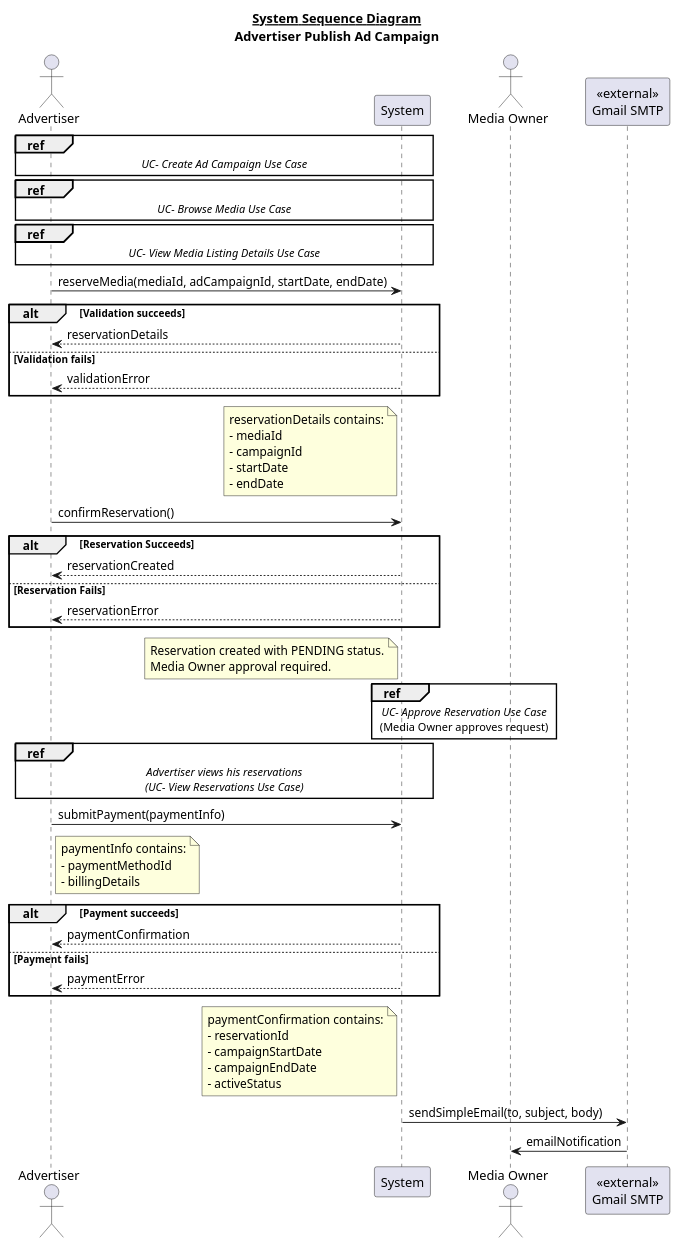
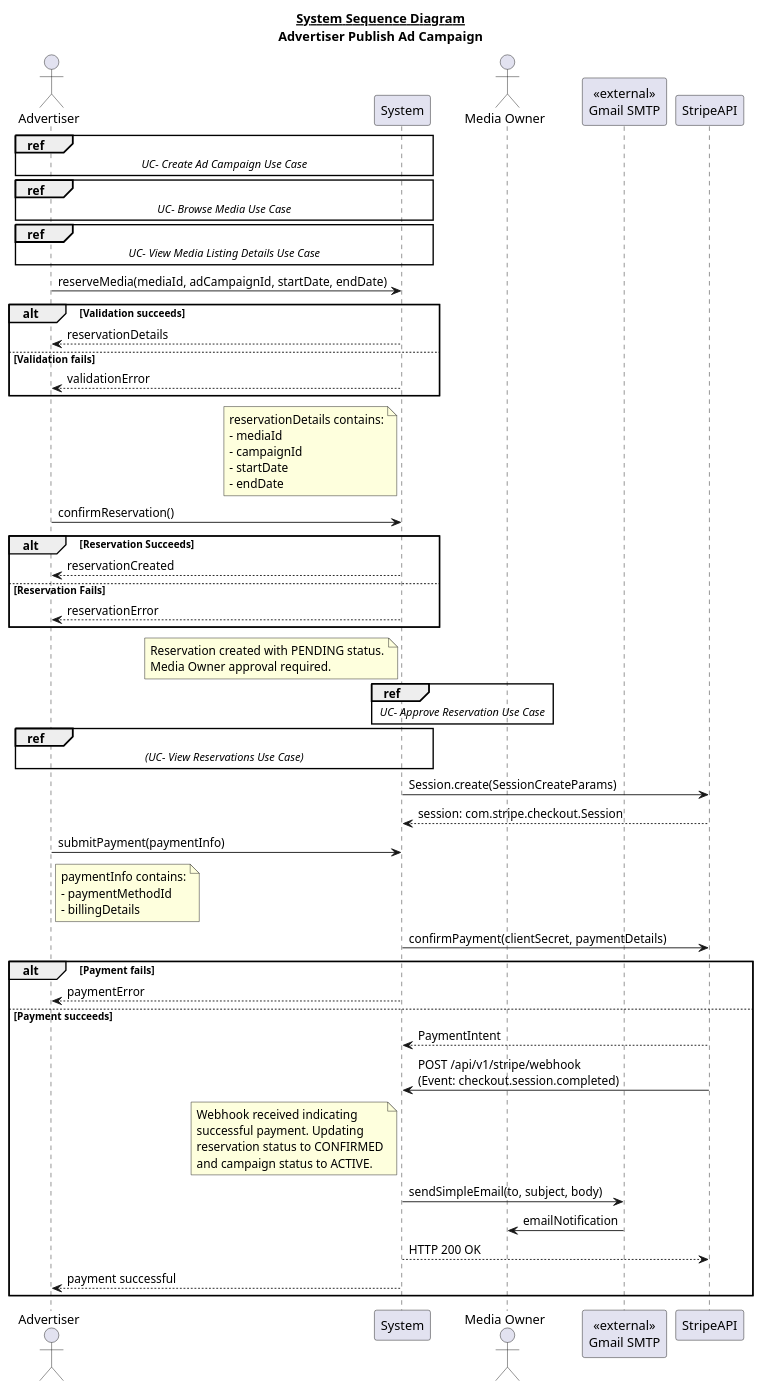
One commit to anvsult/envision-ad changed the diagram in docs/diagrams/sequence diagrams/system-level/publish-ad-campaign-SSD.puml. Above: the diagram before and after it, drawn with PlantUML. The commit also changed 3 other files, not shown here.

Commit message:
Updated diagrams

```diff
--- a/docs/diagrams/sequence diagrams/system-level/publish-ad-campaign-SSD.puml
+++ b/docs/diagrams/sequence diagrams/system-level/publish-ad-campaign-SSD.puml
@@ -1,85 +1,99 @@
 @startuml
 
 title <u>System Sequence Diagram</u>\nAdvertiser Publish Ad Campaign
 
 actor Advertiser
 participant System
 actor "Media Owner" as MediaOwner
 participant "<<external>>\nGmail SMTP" as GmailAPI
 
 ref over System, Advertiser
     <i>UC- Create Ad Campaign Use Case</i>
 end ref
 ref over System, Advertiser
     <i>UC- Browse Media Use Case</i>
 end ref
 ref over System, Advertiser
     <i>UC- View Media Listing Details Use Case</i>
 end ref
 
 Advertiser -> System: reserveMedia(mediaId, adCampaignId, startDate, endDate)
 
 
 alt Validation succeeds
     System --> Advertiser: reservationDetails
 else Validation fails
     System --> Advertiser: validationError
 end
 note left of System
   reservationDetails contains:
   - mediaId
   - campaignId
   - startDate
   - endDate
 end note
 
 
 Advertiser -> System: confirmReservation()
 
 alt Reservation Succeeds
     System --> Advertiser: reservationCreated
 else Reservation Fails
     System --> Advertiser: reservationError
 end
 
 
 note left of System
   Reservation created with PENDING status.
   Media Owner approval required.
 end note
 
 ref over System, MediaOwner
     <i>UC- Approve Reservation Use Case</i>
-    (Media Owner approves request)
 end ref
 
 ref over System, Advertiser
-    <i>Advertiser views his reservations</i>
     <i>(UC- View Reservations Use Case)</i>
 end ref
 
-
+System -> StripeAPI: Session.create(SessionCreateParams)
+StripeAPI --> System: session: com.stripe.checkout.Session
 Advertiser -> System: submitPayment(paymentInfo)
 note right of Advertiser
   paymentInfo contains:
   - paymentMethodId
   - billingDetails
 end note
+System -> StripeAPI: confirmPayment(clientSecret, paymentDetails)
+alt Payment fails
+    System --> Advertiser: paymentError
+else Payment succeeds
 
-alt Payment succeeds
-    System --> Advertiser: paymentConfirmation
-else Payment fails
-    System --> Advertiser: paymentError
-end
+StripeAPI --> System: PaymentIntent
 
+
+StripeAPI -> System: POST /api/v1/stripe/webhook\n(Event: checkout.session.completed)
 note left of System
-  paymentConfirmation contains:
-  - reservationId
-  - campaignStartDate
-  - campaignEndDate
-  - activeStatus
+    Webhook received indicating
+    successful payment. Updating
+    reservation status to CONFIRMED
+    and campaign status to ACTIVE.
 end note
 
 System -> GmailAPI: sendSimpleEmail(to, subject, body)
 GmailAPI -> MediaOwner: emailNotification
+System --> StripeAPI: HTTP 200 OK
+
+    System --> Advertiser: payment successful
+end
+'
+'note left of System
+'  paymentConfirmation contains:
+'  - reservationId
+'  - campaignStartDate
+'  - campaignEndDate
+'  - activeStatus
+'end note
+'
+
 @enduml
```
